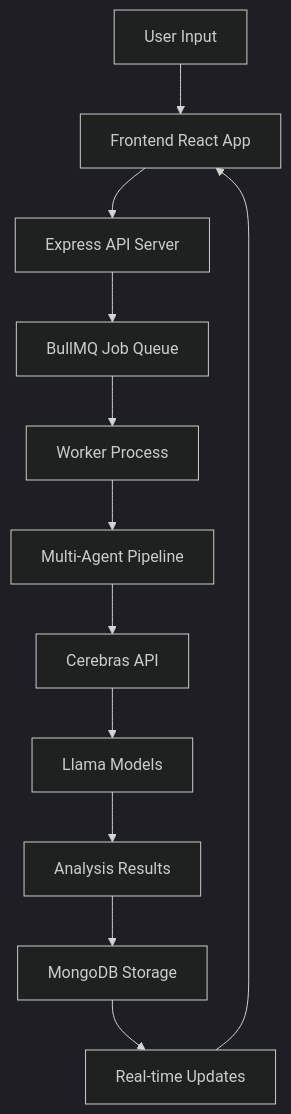
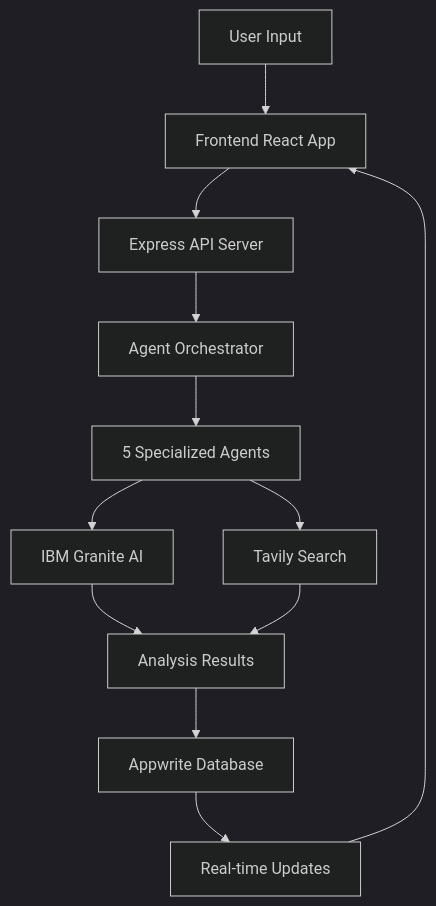
Before and after one commit to sidgureja7803/FoundrIQ: the diagram in README.md, drawn with Mermaid (dark theme). The commit also changed other lines of this file and 42 other files, not shown here.

````diff
--- a/README.md
+++ b/README.md
@@ -242,14 +243,14 @@
 ```mermaid
 graph TD
     A[User Input] --> B[Frontend React App]
     B --> C[Express API Server]
-    C --> D[BullMQ Job Queue]
-    D --> E[Worker Process]
-    E --> F[Multi-Agent Pipeline]
-    F --> G[Cerebras API]
-    G --> H[Llama Models]
-    H --> I[Analysis Results]
-    I --> J[MongoDB Storage]
-    J --> K[Real-time Updates]
-    K --> B
+    C --> D[Agent Orchestrator]
+    D --> E[5 Specialized Agents]
+    E --> F[IBM Granite AI]
+    E --> G[Tavily Search]
+    F --> H[Analysis Results]
+    G --> H
+    H --> I[Appwrite Database]
+    I --> J[Real-time Updates]
+    J --> B
 ```
````
